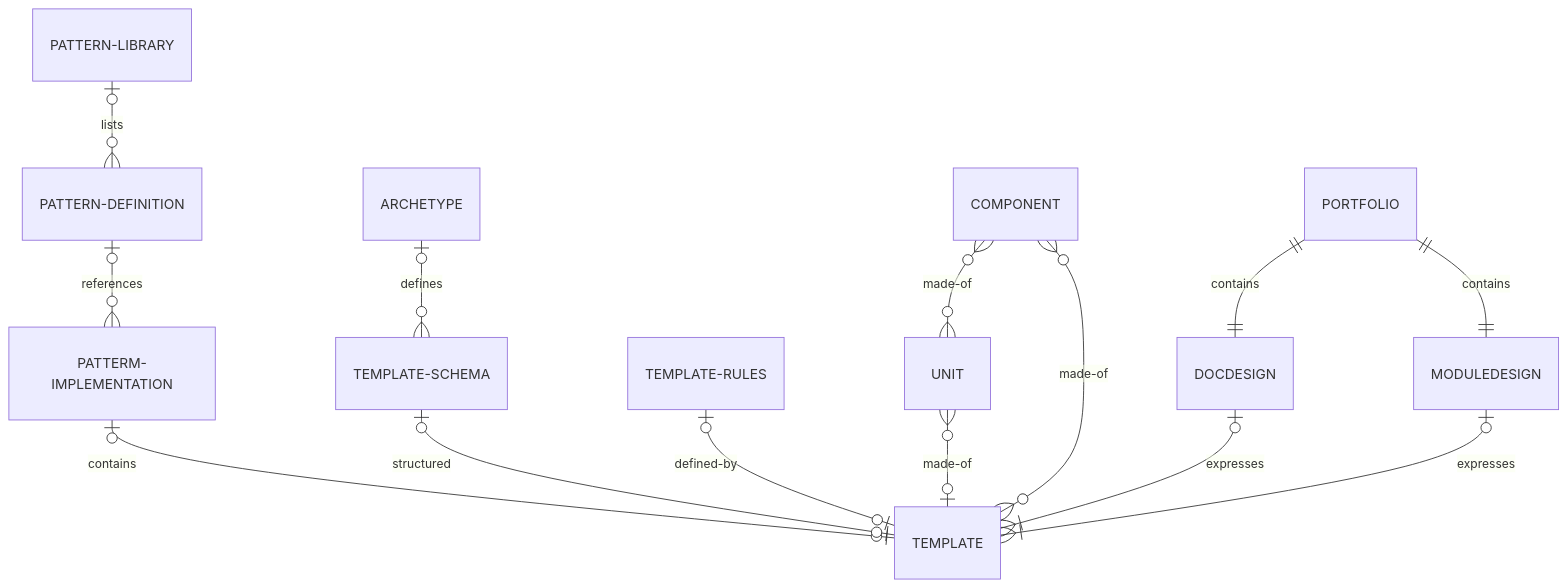
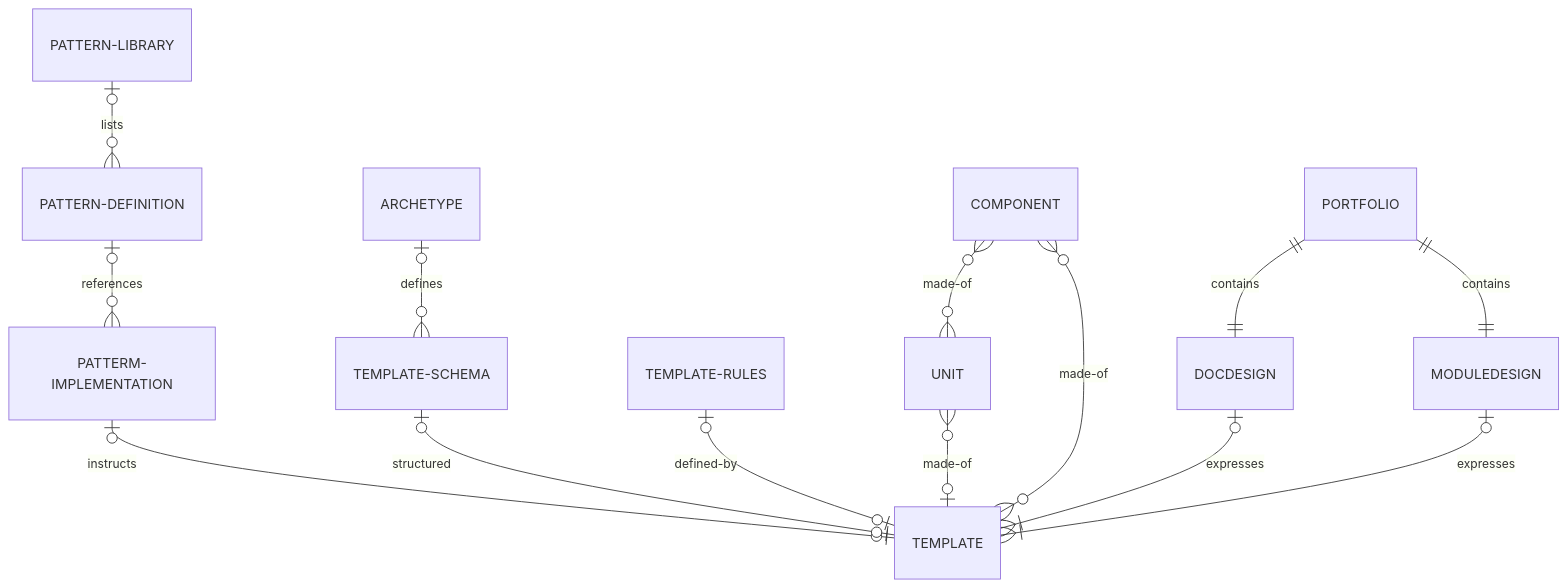
One commit to mattbriggs/tech-doc-generator changed the diagram in diagrams/pattern-system.mmd. Above: the diagram before and after it, drawn with Mermaid. The commit also changed 18 other files, not shown here.

Commit message:
update diagrams

```diff
--- a/diagrams/pattern-system.mmd
+++ b/diagrams/pattern-system.mmd
@@ -1,15 +1,15 @@
 erDiagram
     PATTERN-LIBRARY |o--o{ PATTERN-DEFINITION : lists
     PATTERN-DEFINITION |o--o{ PATTERM-IMPLEMENTATION : references
-    PATTERM-IMPLEMENTATION |o--o| TEMPLATE : contains
+    PATTERM-IMPLEMENTATION |o--o| TEMPLATE : instructs
     TEMPLATE-SCHEMA |o--o| TEMPLATE : structured
     TEMPLATE-RULES |o--o| TEMPLATE :  defined-by
     ARCHETYPE |o--o{ TEMPLATE-SCHEMA : defines
     UNIT }o--o| TEMPLATE : made-of
     COMPONENT }o--o{ TEMPLATE : made-of
     COMPONENT }o--o{ UNIT : made-of
 
     PORTFOLIO ||--|| DOCDESIGN : contains
     PORTFOLIO  ||--|| MODULEDESIGN : contains
     DOCDESIGN |o--|{ TEMPLATE : expresses
     MODULEDESIGN |o--|{ TEMPLATE : expresses
```
